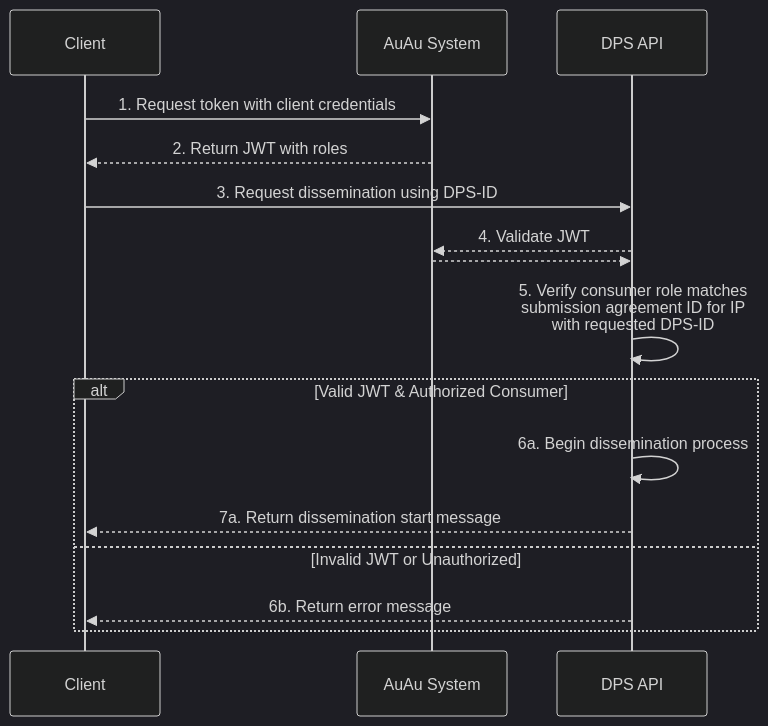
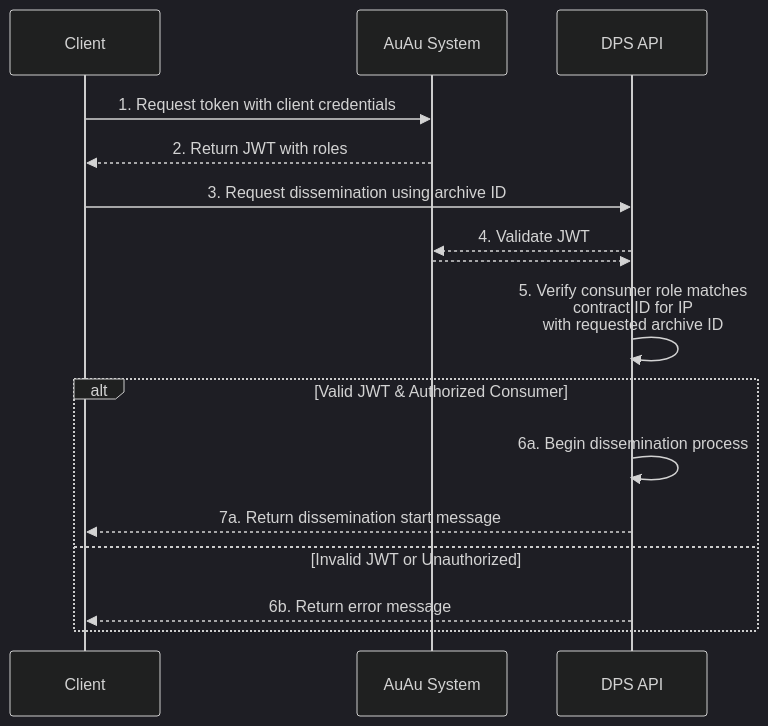
The second of 3 diagrams in content/docs/dps/understanding/access-and-agreements/_index.md (NationalLibraryOfNorway/digitalpreservation-blog.nb.no), drawn with Mermaid (dark theme) before and after one commit. The commit also changed other lines of this file and 2 other files, not shown here.

````diff
--- a/content/docs/dps/understanding/access-and-agreements/_index.md
+++ b/content/docs/dps/understanding/access-and-agreements/_index.md
@@ -85,22 +86,22 @@
 ```mermaid
 sequenceDiagram
     participant C as Client
     participant K as AuAu System
     participant DPS as DPS API
     
     C->>K: 1. Request token with client credentials
     K-->>C: 2. Return JWT with roles
     
-    C->>DPS: 3. Request dissemination using DPS-ID
+    C->>DPS: 3. Request dissemination using archive ID
     
     DPS-->>K: 4. Validate JWT
     K-->>DPS: 
-    DPS->>DPS: 5. Verify consumer role matches<br/>submission agreement ID for IP <br>with requested DPS-ID
+    DPS->>DPS: 5. Verify consumer role matches<br/>contract ID for IP <br>with requested archive ID
     
     alt Valid JWT & Authorized Consumer
         DPS->>DPS: 6a. Begin dissemination process
         DPS-->>C: 7a. Return dissemination start message
     else Invalid JWT or Unauthorized
         DPS-->>C: 6b. Return error message
     end
 ```
````
